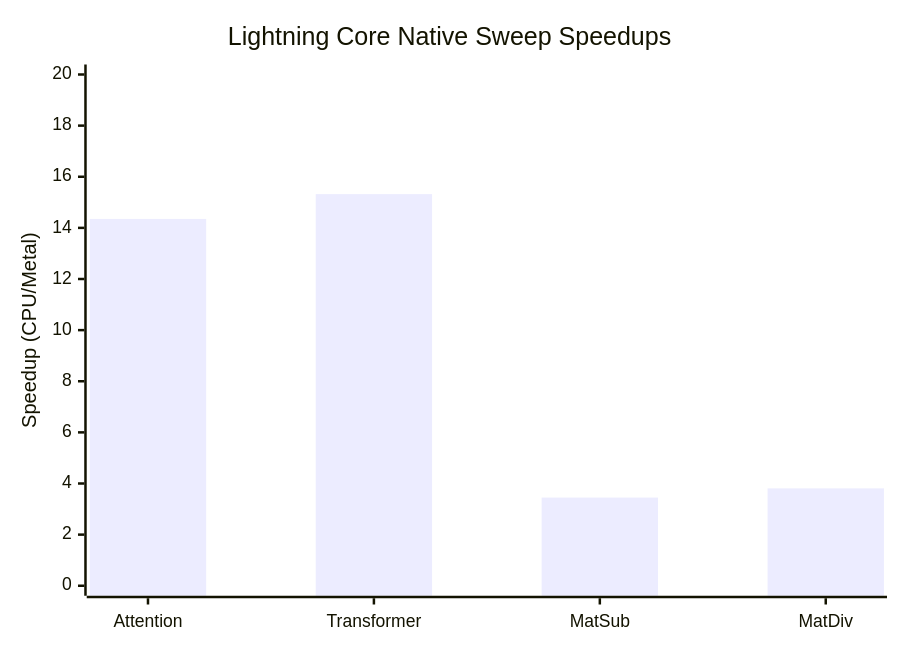
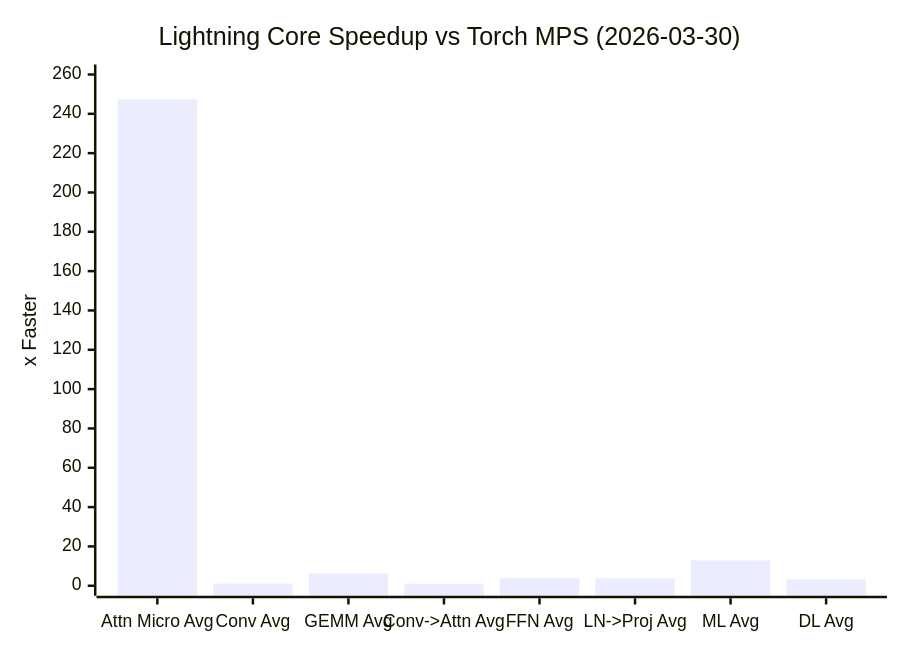
One commit to wnsgus00114-droid/lightining-core changed the fourth of 4 diagrams in README.md. Above: the diagram before and after it, drawn with Mermaid. The commit also changed other lines of this file and 22 other files, not shown here.

````diff
--- a/README.md
+++ b/README.md
@@ -76,7 +123,7 @@
 ```mermaid
 xychart-beta
-	title "Lightning Core Native Sweep Speedups"
-	x-axis ["Attention", "Transformer", "MatSub", "MatDiv"]
-	y-axis "Speedup (CPU/Metal)" 0 --> 20
-	bar [14.35, 15.32, 3.45, 3.81]
+    title "Lightning Core Speedup vs Torch MPS (2026-03-30)"
+    x-axis ["Attn Micro Avg","Conv Avg","GEMM Avg","Conv->Attn Avg","FFN Avg","LN->Proj Avg","ML Avg","DL Avg"]
+    y-axis "x Faster" 0 --> 260
+    bar [247.31,1.14,6.23,1.05,3.85,3.76,12.91,3.30]
 ```
````
